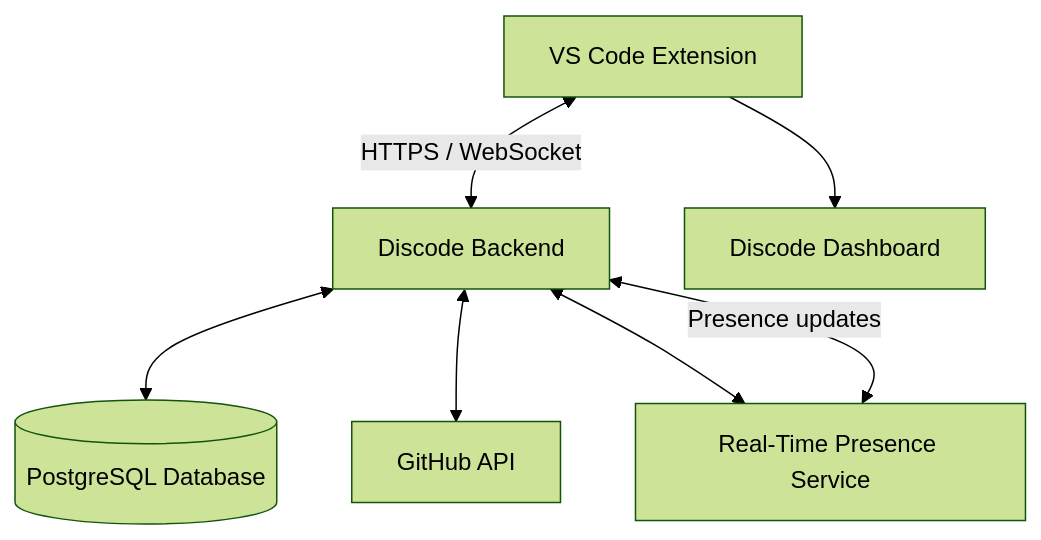
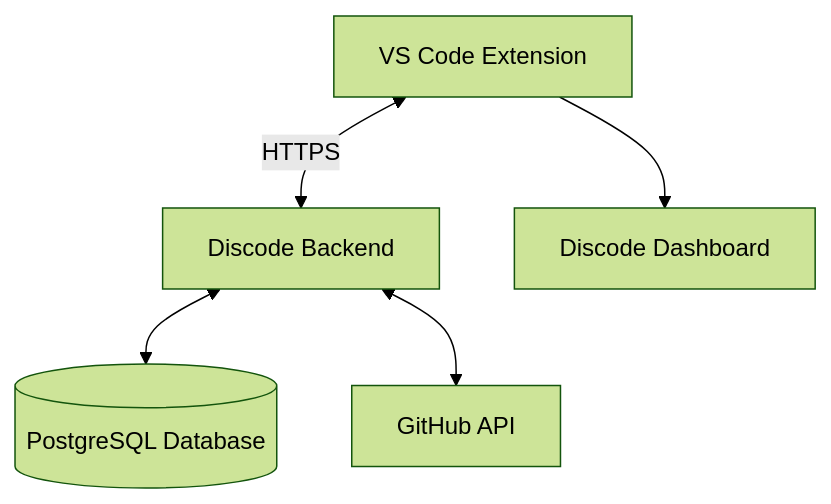
Before and after one commit to Anveshious/discode: the diagram in README.md, drawn with Mermaid (forest theme). The commit also changed other lines of this file and 12 other files, not shown here.

````diff
--- a/README.md
+++ b/README.md
@@ -167,9 +168,7 @@
 ```mermaid
 flowchart TD
-    A[VS Code Extension] <-->|HTTPS / WebSocket| B[Discode Backend]
+    A[VS Code Extension] <-->|HTTPS| B[Discode Backend]
     A --> C[Discode Dashboard]
     B <--> D[(PostgreSQL Database)]
     B <--> E[GitHub API]
-    B <--> F[Real-Time Presence Service]
-    F <-->|Presence updates| B
 ```
````
